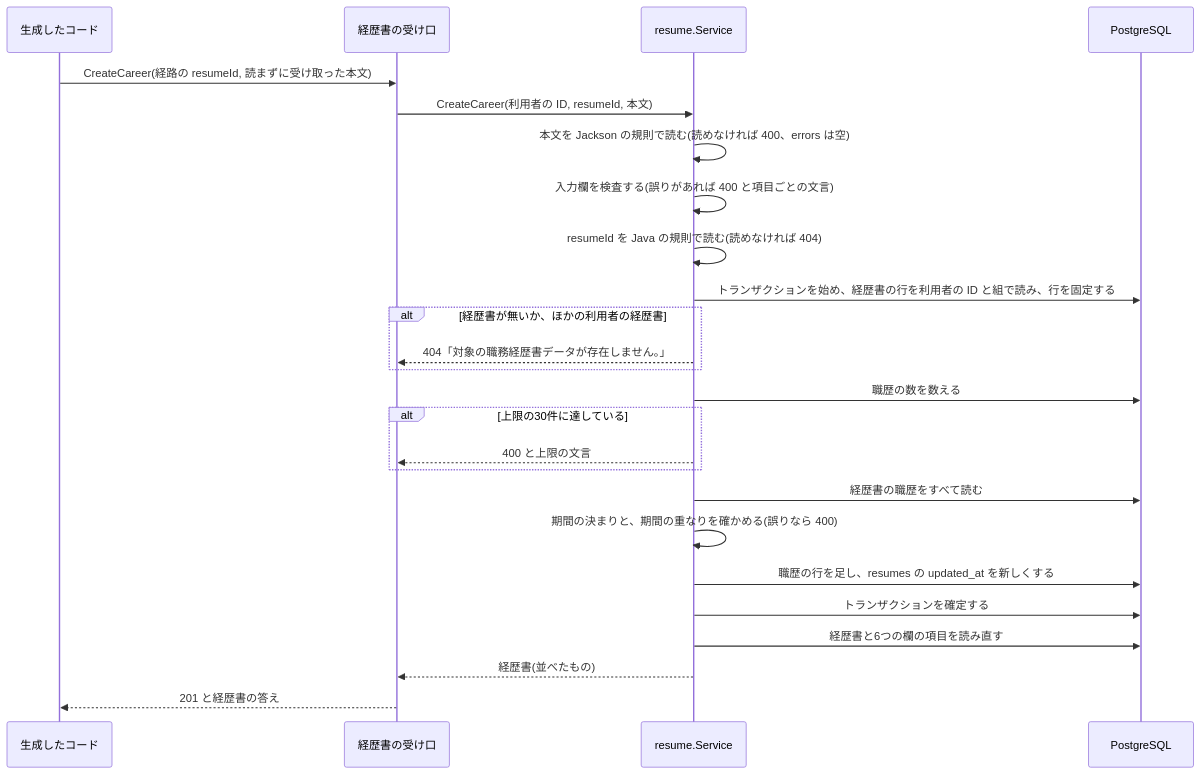
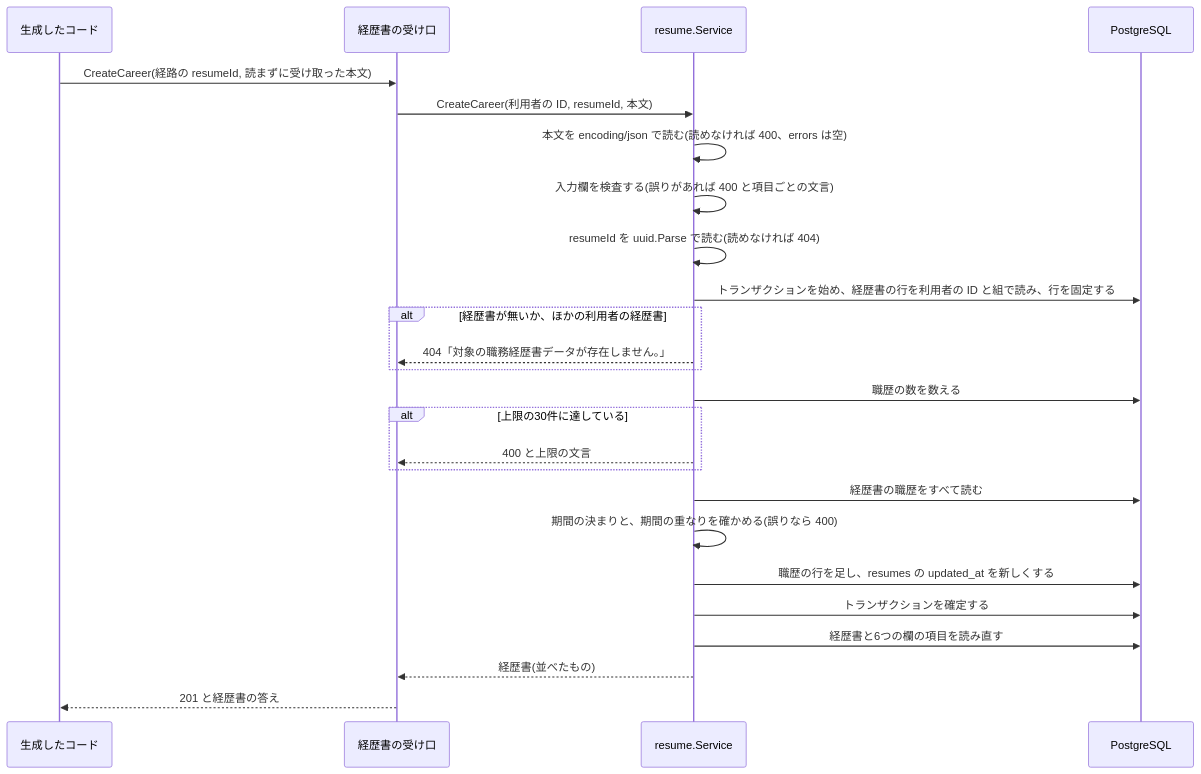
The second of 3 diagrams in .kiro/specs/backend-go-master-resumes/design.md (DogisRiki/KeirekiPro), drawn with Mermaid before and after one commit. The commit also changed other lines of this file and 13 other files, not shown here.

````diff
--- a/.kiro/specs/backend-go-master-resumes/design.md
+++ b/.kiro/specs/backend-go-master-resumes/design.md
@@ -161,27 +172,27 @@
 ```mermaid
 sequenceDiagram
     participant G as 生成したコード
     participant H as 経歴書の受け口
     participant S as resume.Service
     participant DB as PostgreSQL
     G->>H: CreateCareer(経路の resumeId, 読まずに受け取った本文)
     H->>S: CreateCareer(利用者の ID, resumeId, 本文)
-    S->>S: 本文を Jackson の規則で読む(読めなければ 400、errors は空)
+    S->>S: 本文を encoding/json で読む(読めなければ 400、errors は空)
     S->>S: 入力欄を検査する(誤りがあれば 400 と項目ごとの文言)
-    S->>S: resumeId を Java の規則で読む(読めなければ 404)
+    S->>S: resumeId を uuid.Parse で読む(読めなければ 404)
     S->>DB: トランザクションを始め、経歴書の行を利用者の ID と組で読み、行を固定する
     alt 経歴書が無いか、ほかの利用者の経歴書
         S-->>H: 404「対象の職務経歴書データが存在しません。」
     end
     S->>DB: 職歴の数を数える
     alt 上限の30件に達している
         S-->>H: 400 と上限の文言
     end
     S->>DB: 経歴書の職歴をすべて読む
     S->>S: 期間の決まりと、期間の重なりを確かめる(誤りなら 400)
     S->>DB: 職歴の行を足し、resumes の updated_at を新しくする
     S->>DB: トランザクションを確定する
     S->>DB: 経歴書と6つの欄の項目を読み直す
     S-->>H: 経歴書(並べたもの)
     H-->>G: 201 と経歴書の答え
 ```
````
